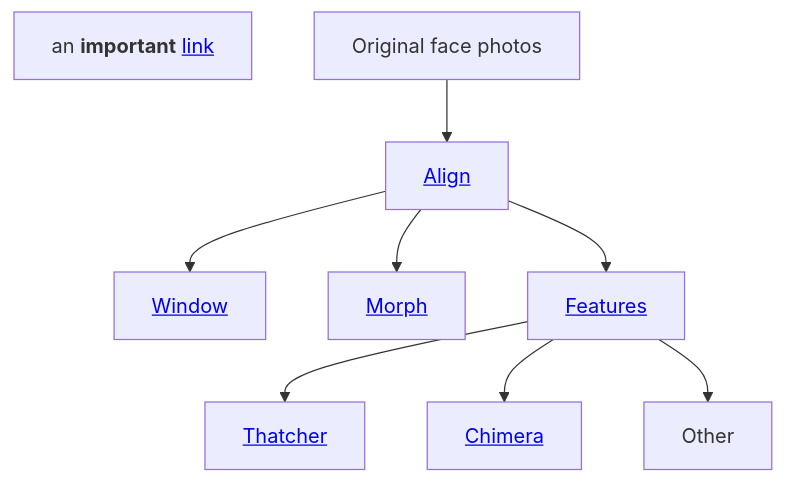
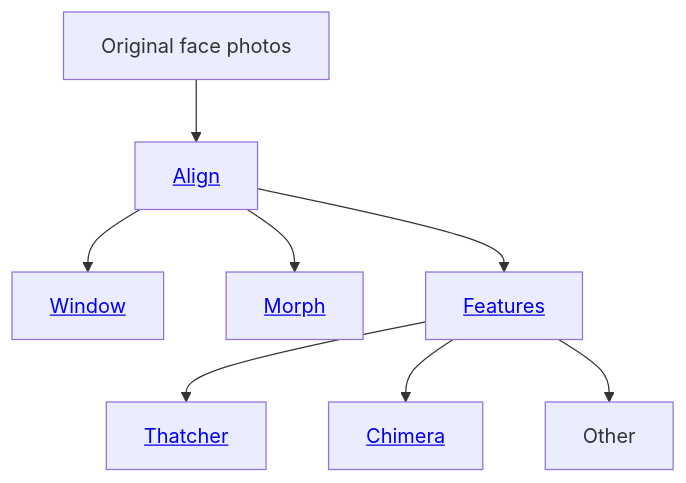
The diagram in README.md (SourCherries/fad), drawn with Mermaid before and after one commit.

Commit message:
overview graph with links to other README (links on same page?)

````diff
--- a/README.md
+++ b/README.md
@@ -5,28 +5,26 @@
 ```mermaid
     graph TD;
-        B[an <b>important</b> <a href='http://google.com'>link</a>]
-
         original[Original face photos]
 
         align[<a href='https://github.com/SourCherries/fad/blob/main/demos/align/1_basic/README.md'>Align</a>]
 
         window[<a href='https://github.com/SourCherries/fad/blob/main/demos/align/1_basic/README.md#windowing'>Window</a>]
 
         morph[<a href='https://github.com/SourCherries/fad/blob/main/demos/align/2_morph/README.md'>Morph</a>]
 
         features[<a href='https://github.com/SourCherries/fad/tree/main/demos/features'>Features</a>]
 
         thatcher[<a href='https://github.com/SourCherries/fad/tree/main/demos/features/figs/thatcher.png'>Thatcher</a>]
 
         chimera[<a href='https://github.com/SourCherries/fad/tree/main/demos/features/figs/chimera.png'>Chimera</a>]        
 
         other[Other]
 
         original --> align
         align --> window
         align --> morph
         align --> features
         features --> thatcher
         features --> chimera
         features --> other
 ```
````
